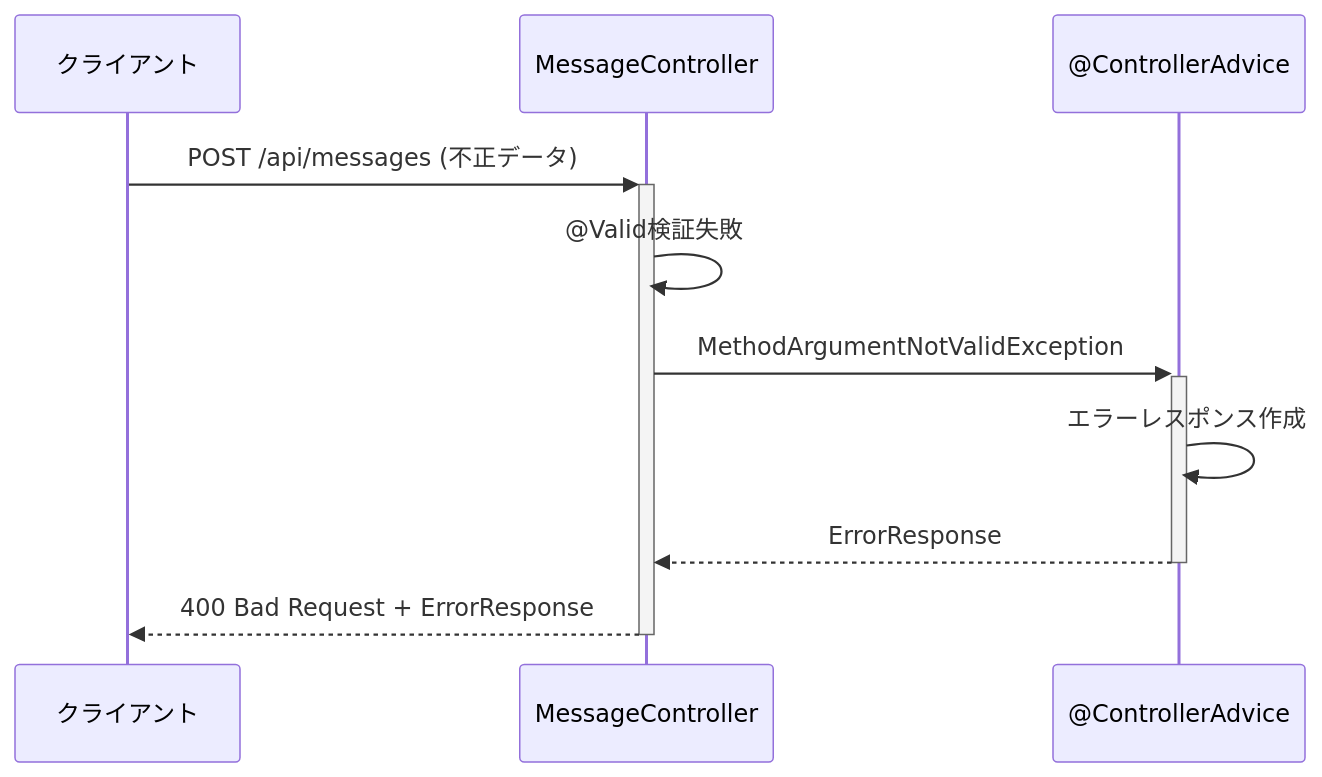
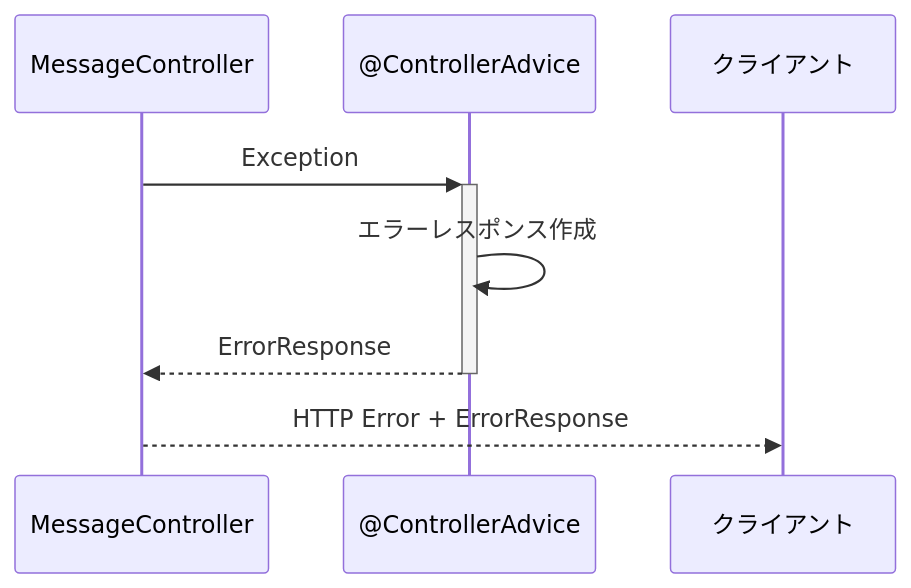
Before and after one commit to toshiakisan1127/kafka-redis-playground: the tenth of 11 diagrams in docs/sequence-diagrams.md, drawn with Mermaid. The commit also changed other lines of this file, not shown here.

````diff
--- a/docs/sequence-diagrams.md
+++ b/docs/sequence-diagrams.md
@@ -246,13 +234,11 @@
 ```mermaid
 sequenceDiagram
-    participant Client as クライアント
     participant Controller as MessageController
     participant GlobalHandler as @ControllerAdvice
+    participant Client as クライアント
 
-    Client->>+Controller: POST /api/messages (不正データ)
-    Controller->>Controller: @Valid検証失敗
-    Controller->>+GlobalHandler: MethodArgumentNotValidException
+    Controller->>+GlobalHandler: Exception
     GlobalHandler->>GlobalHandler: エラーレスポンス作成
     GlobalHandler-->>-Controller: ErrorResponse
-    Controller-->>-Client: 400 Bad Request + ErrorResponse
+    Controller-->>Client: HTTP Error + ErrorResponse
 ```
````
